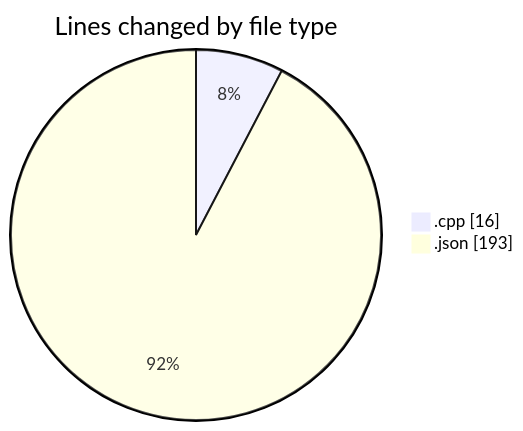
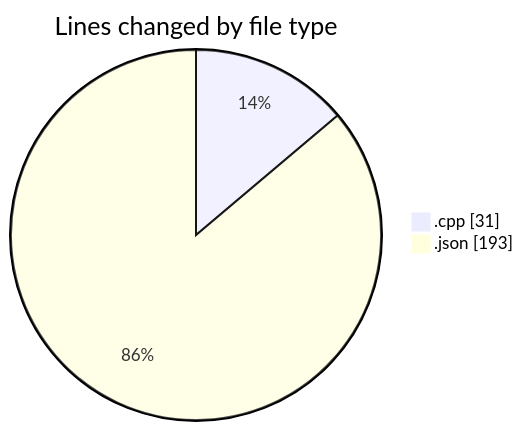
One commit to Ritupan-Deka/code-tracking changed the first of 2 diagrams in 2025-12-08/dsa/README.md. Above: the diagram before and after it, drawn with Mermaid. The commit also changed other lines of this file and 1 other file, not shown here.

````diff
--- a/2025-12-08/dsa/README.md
+++ b/2025-12-08/dsa/README.md
@@ -22,6 +22,6 @@
 ```mermaid
 pie showData
 title Lines changed by file type
-".cpp" : 16
+".cpp" : 31
 ".json" : 193
 ```
````
